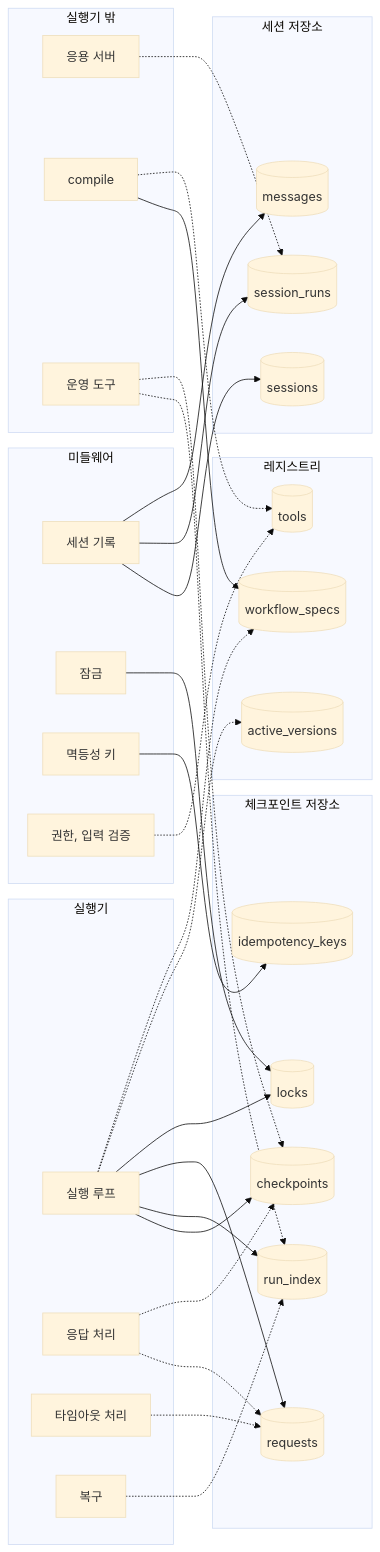
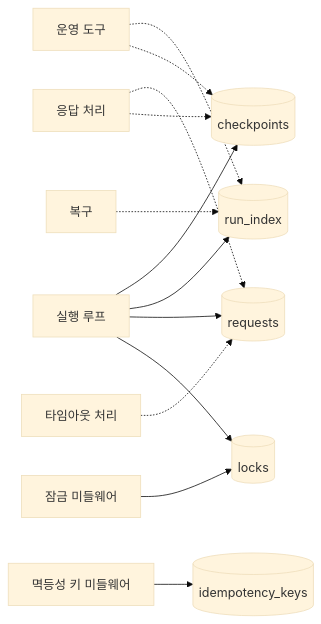
Before and after one commit to iwindfree/ai-agent-framework-architecture: diagram 28 of 33 in 00.architecture.md, drawn with Mermaid (base theme). The commit also changed other lines of this file, not shown here.

Commit message:
Split table-usage diagram into one diagram per store (6.4)

````diff
--- a/00.architecture.md
+++ b/00.architecture.md
@@ -2425,59 +2427,15 @@
 ```mermaid
 flowchart LR
-    subgraph EX["실행기"]
-        LOOP[실행 루프]
-        RESP[응답 처리]
-        TIME[타임아웃 처리]
-        REC[복구]
-    end
-    subgraph MW["미들웨어"]
-        SESS[세션 기록]
-        LOCKMW[잠금]
-        IDEM[멱등성 키]
-        TOOLMW[권한, 입력 검증]
-    end
-    subgraph OUT["실행기 밖"]
-        APP[응용 서버]
-        COMP[compile]
-        OPS[운영 도구]
-    end
-    subgraph CS["체크포인트 저장소"]
-        CP[(checkpoints)]
-        RI[(run_index)]
-        RQ[(requests)]
-        LK[(locks)]
-        IK[(idempotency_keys)]
-    end
-    subgraph SS["세션 저장소"]
-        SE[(sessions)]
-        SR[(session_runs)]
-        MS[(messages)]
-    end
-    subgraph RG["레지스트리"]
-        WS[(workflow_specs)]
-        AV[(active_versions)]
-        TL[(tools)]
-    end
-
-    LOOP --> CP
-    LOOP --> RI
-    LOOP --> RQ
-    LOOP --> LK
-    LOOP -.-> AV
-    LOOP -.-> WS
-    RESP -.-> RQ
+    LOOP[실행 루프] --> CP[(checkpoints)]
+    LOOP --> RI[(run_index)]
+    LOOP --> RQ[(requests)]
+    LOOP --> LK[(locks)]
+    RESP[응답 처리] -.-> RQ
     RESP -.-> CP
-    TIME -.-> RQ
-    REC -.-> RI
-    SESS --> SE
-    SESS --> SR
-    SESS --> MS
-    LOCKMW --> LK
-    IDEM --> IK
-    TOOLMW -.-> TL
-    APP -.-> SR
-    COMP --> WS
-    COMP -.-> TL
-    OPS -.-> RI
+    TIME[타임아웃 처리] -.-> RQ
+    REC[복구] -.-> RI
+    OPS[운영 도구] -.-> RI
     OPS -.-> CP
+    LOCKMW[잠금 미들웨어] --> LK
+    IDEM[멱등성 키 미들웨어] --> IK[(idempotency_keys)]
 ```
````
